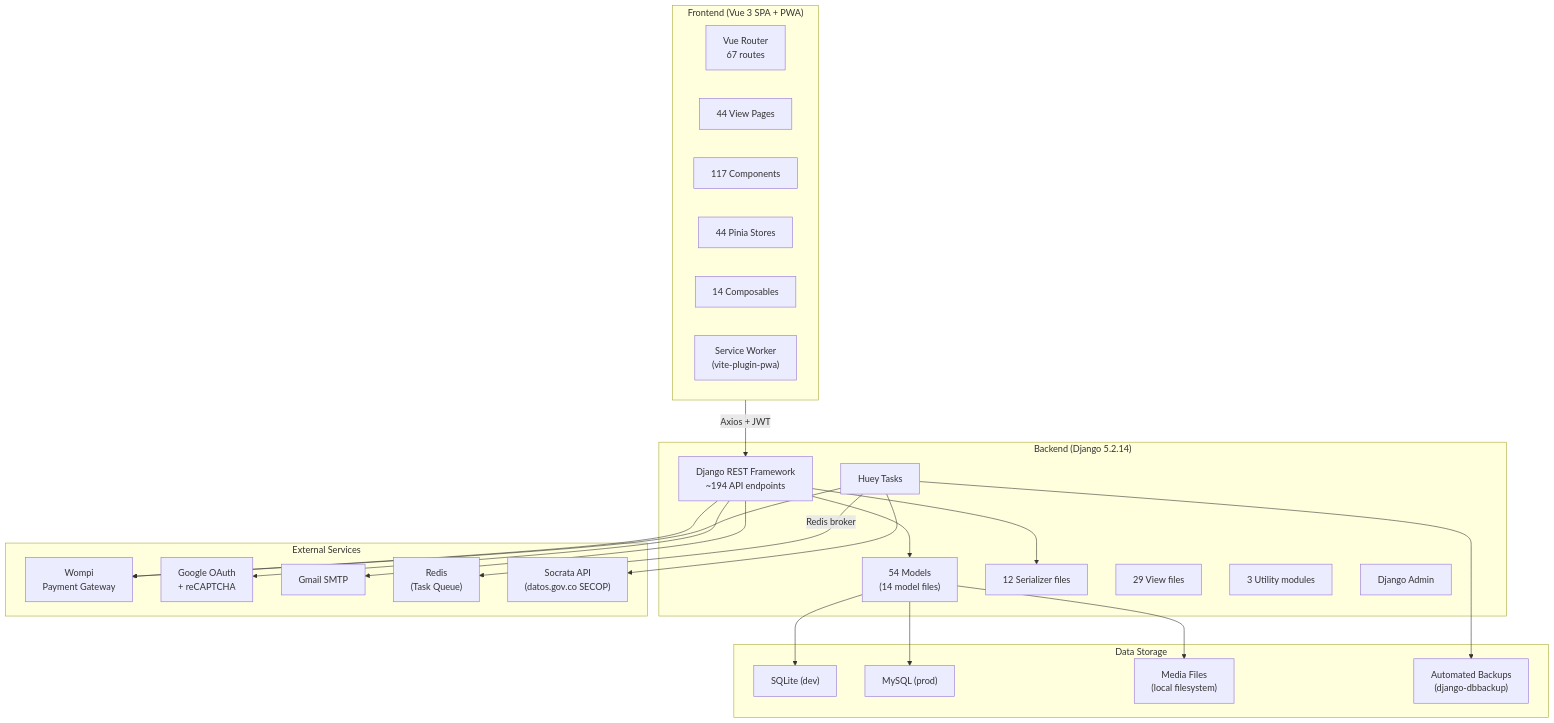
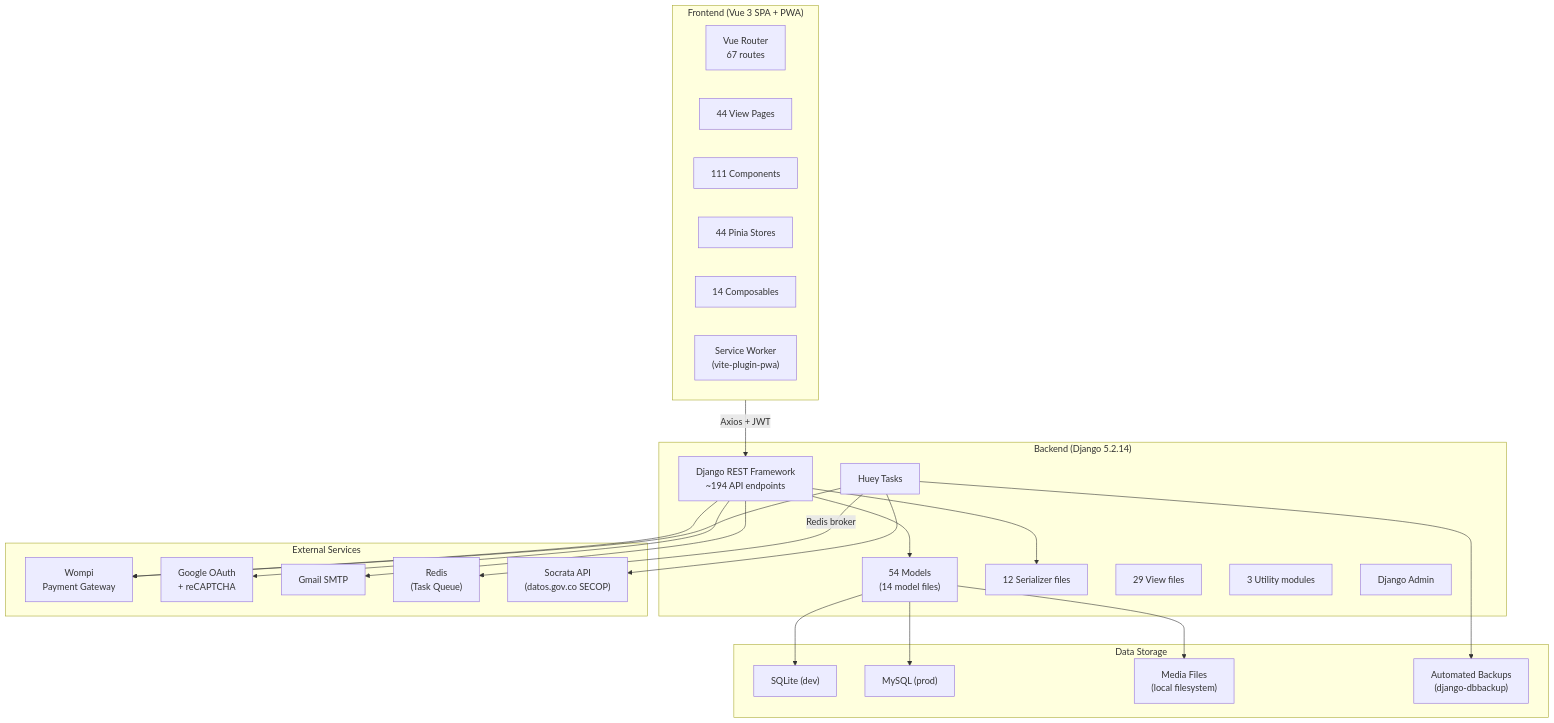
Before and after one commit to carlos18bp/gym_project: the first of 8 diagrams in docs/methodology/architecture.md, drawn with Mermaid. The commit also changed other lines of this file and 5 other files, not shown here.

````diff
--- a/docs/methodology/architecture.md
+++ b/docs/methodology/architecture.md
@@ -5,50 +5,50 @@
 ```mermaid
 flowchart TB
     subgraph Client["Frontend (Vue 3 SPA + PWA)"]
         Router["Vue Router\n67 routes"]
         Views["44 View Pages"]
-        Components["117 Components"]
+        Components["111 Components"]
         Stores["44 Pinia Stores"]
         Composables["14 Composables"]
         SW["Service Worker\n(vite-plugin-pwa)"]
     end
 
     subgraph Server["Backend (Django 5.2.14)"]
         DRF["Django REST Framework\n~194 API endpoints"]
         Models["54 Models\n(14 model files)"]
         Serializers["12 Serializer files"]
         Views_BE["29 View files"]
         Utils["3 Utility modules"]
         Tasks["Huey Tasks"]
         Admin["Django Admin"]
     end
 
     subgraph External["External Services"]
         Wompi["Wompi\nPayment Gateway"]
         Google["Google OAuth\n+ reCAPTCHA"]
         SMTP["Gmail SMTP"]
         Redis["Redis\n(Task Queue)"]
         Socrata["Socrata API\n(datos.gov.co SECOP)"]
     end
 
     subgraph Storage["Data Storage"]
         DB_Dev["SQLite (dev)"]
         DB_Prod["MySQL (prod)"]
         Media["Media Files\n(local filesystem)"]
         Backups["Automated Backups\n(django-dbbackup)"]
     end
 
     Client -->|"Axios + JWT"| DRF
     DRF --> Models
     DRF --> Serializers
     Models --> DB_Dev
     Models --> DB_Prod
     Models --> Media
     Tasks -->|"Redis broker"| Redis
     Tasks --> Wompi
     Tasks --> Backups
     DRF --> SMTP
     DRF --> Google
     DRF --> Wompi
     Tasks --> Socrata
 ```
````
